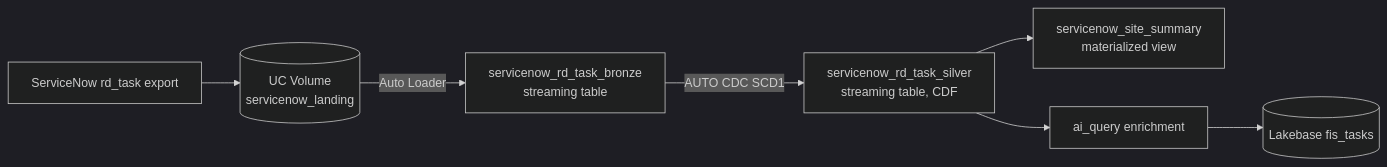
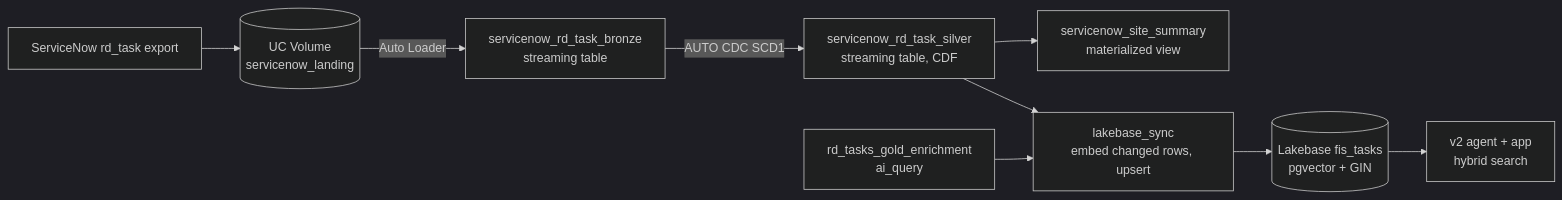
Before and after one commit to databricks-industry-solutions/field-repair-knowledge-assistant: the third of 3 diagrams in ARCHITECTURE.md, drawn with Mermaid (dark theme). The commit also changed other lines of this file and 4 other files, not shown here.

First line of the commit message:
feat(lakebase): sync lakeflow silver into lakebase fis_tasks

````diff
--- a/ARCHITECTURE.md
+++ b/ARCHITECTURE.md
@@ -175,8 +175,11 @@
 ```mermaid
 graph LR
     SN[ServiceNow rd_task export] --> VOL[(UC Volume<br/>servicenow_landing)]
     VOL -->|Auto Loader| BR[servicenow_rd_task_bronze<br/>streaming table]
     BR -->|AUTO CDC SCD1| SV[servicenow_rd_task_silver<br/>streaming table, CDF]
     SV --> MV[servicenow_site_summary<br/>materialized view]
-    SV --> EN[ai_query enrichment] --> LB[(Lakebase fis_tasks)]
+    SV --> SYNC[lakebase_sync<br/>embed changed rows, upsert]
+    EN[rd_tasks_gold_enrichment<br/>ai_query] --> SYNC
+    SYNC --> LB[(Lakebase fis_tasks<br/>pgvector + GIN)]
+    LB --> APP[v2 agent + app<br/>hybrid search]
 ```
````
